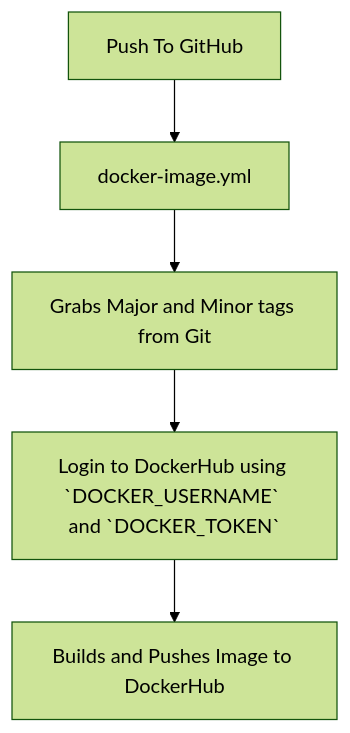
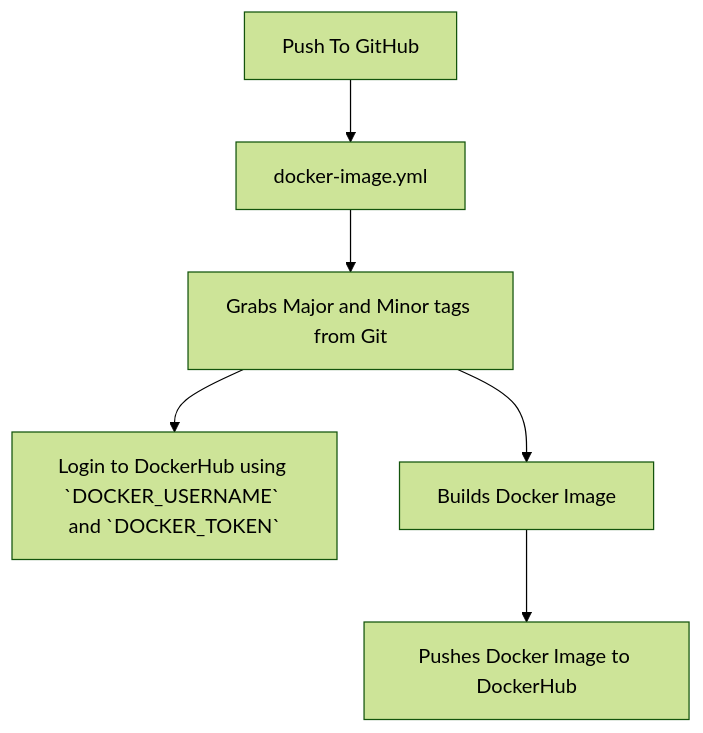
One commit to WSU-kduncan/cicdf25-AMcGohan changed the diagram in README-CI.md. Above: the diagram before and after it, drawn with Mermaid (forest theme).

Commit message:
split E into E and F for graph

````diff
--- a/README-CI.md
+++ b/README-CI.md
@@ -68,7 +68,8 @@
 ```mermaid
 graph TD;
   A[Push To GitHub]-->B[docker-image.yml];
   B-->C[Grabs Major and Minor tags from Git];
   C-->D[Login to DockerHub using `DOCKER_USERNAME` and `DOCKER_TOKEN`];
-  D-->E[Builds and Pushes Image to DockerHub];
+  C-->E[Builds Docker Image];
+  E-->F[Pushes Docker Image to DockerHub];
 ```
````
